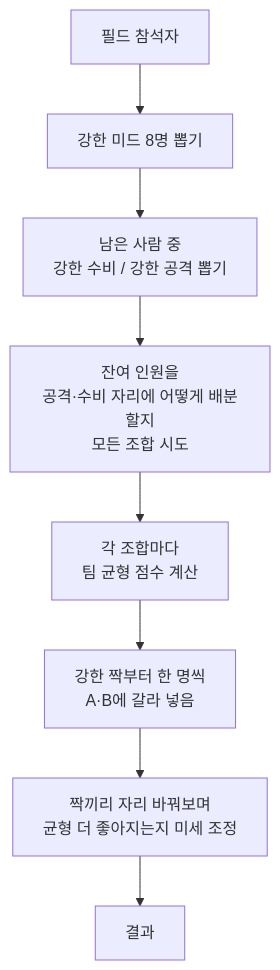
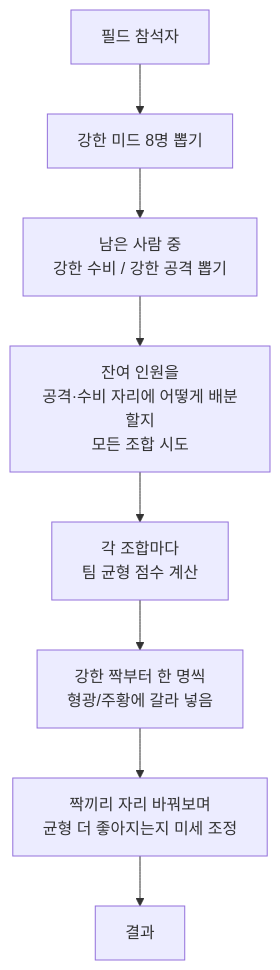
One commit to sungjoo-XCENA/dev-planner changed the second of 3 diagrams in README.md. Above: the diagram before and after it, drawn with Mermaid. The commit also changed other lines of this file and 4 other files, not shown here.

````diff
--- a/README.md
+++ b/README.md
@@ -74,10 +74,10 @@
 ```mermaid
 flowchart TB
   A[필드 참석자] --> B[강한 미드 8명 뽑기]
   B --> C[남은 사람 중<br/>강한 수비 / 강한 공격 뽑기]
   C --> D[잔여 인원을<br/>공격·수비 자리에 어떻게 배분할지<br/>모든 조합 시도]
   D --> E[각 조합마다<br/>팀 균형 점수 계산]
-  E --> F[강한 짝부터 한 명씩<br/>A·B에 갈라 넣음]
+  E --> F[강한 짝부터 한 명씩<br/>형광/주황에 갈라 넣음]
   F --> G[짝끼리 자리 바꿔보며<br/>균형 더 좋아지는지 미세 조정]
   G --> H[결과]
 ```
````
